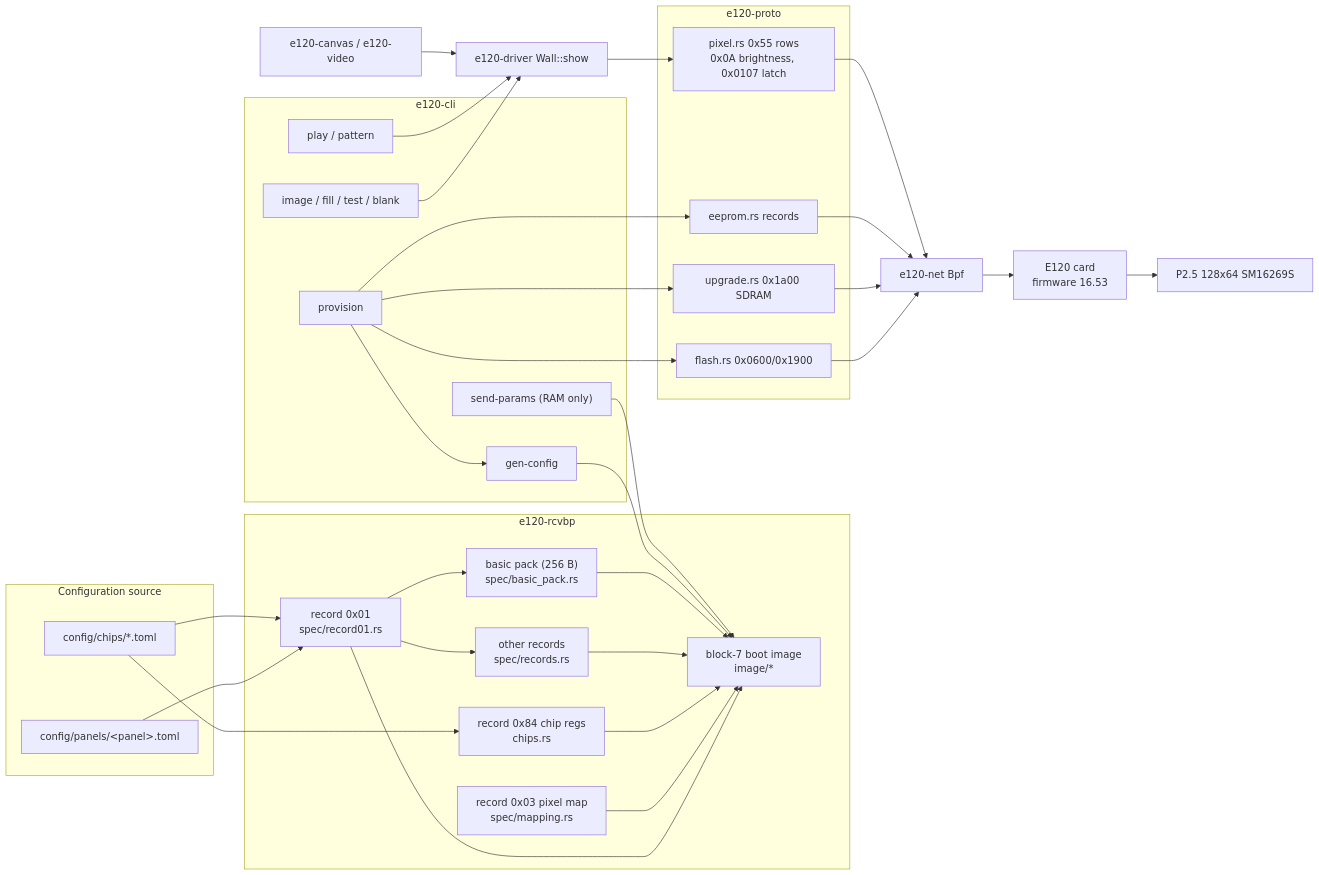
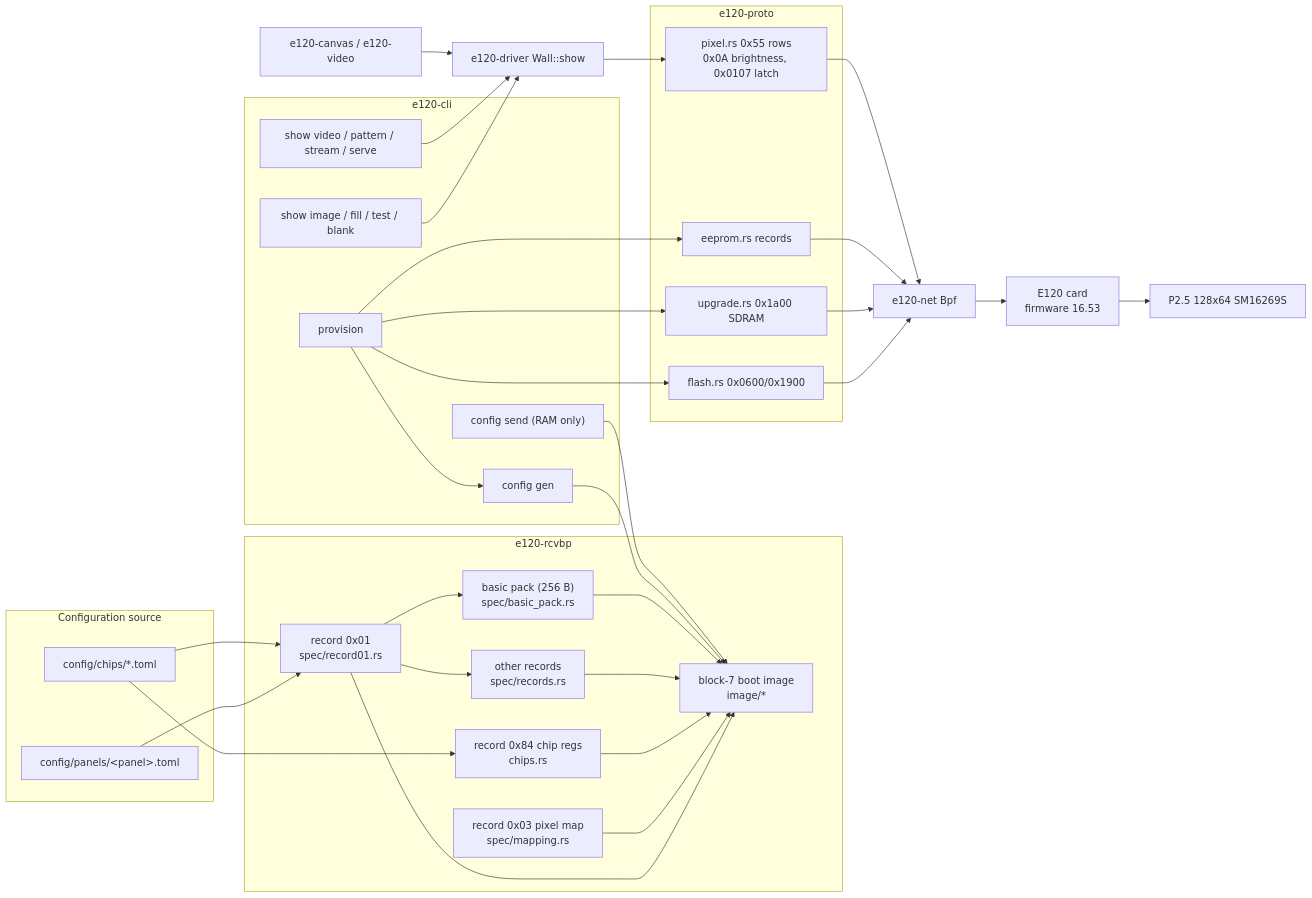
Before and after one commit to AlecDusheck/receiverproxy: the diagram in docs/architecture.md, drawn with Mermaid. The commit also changed other lines of this file and 30 other files, not shown here.

````diff
--- a/docs/architecture.md
+++ b/docs/architecture.md
@@ -20,49 +20,49 @@
 ```mermaid
 flowchart LR
   subgraph spec [Configuration source]
     TOML["config/panels/&lt;panel&gt;.toml"]
     CHIP["config/chips/*.toml"]
   end
   subgraph rcvbp [e120-rcvbp]
     R01["record 0x01<br/>spec/record01.rs"]
     MAP["record 0x03 pixel map<br/>spec/mapping.rs"]
     R84["record 0x84 chip regs<br/>chips.rs"]
     REC["other records<br/>spec/records.rs"]
     PACK["basic pack (256 B)<br/>spec/basic_pack.rs"]
     IMG["block-7 boot image<br/>image/*"]
   end
   subgraph cli [e120-cli]
-    GEN["gen-config"]
+    GEN["config gen"]
     PROV["provision"]
-    SP["send-params (RAM only)"]
-    IMAGE["image / fill / test / blank"]
-    PLAY["play / pattern"]
+    SP["config send (RAM only)"]
+    IMAGE["show image / fill / test / blank"]
+    PLAY["show video / pattern / stream / serve"]
   end
   subgraph proto [e120-proto]
     FL["flash.rs 0x0600/0x1900"]
     UP["upgrade.rs 0x1a00 SDRAM"]
     EE["eeprom.rs records"]
     PX["pixel.rs 0x55 rows<br/>0x0A brightness, 0x0107 latch"]
   end
   DRV["e120-driver Wall::show"]
   CANVAS["e120-canvas / e120-video"]
   NET["e120-net Bpf"]
   CARD["E120 card<br/>firmware 16.53"]
   PANEL["P2.5 128x64 SM16269S"]
 
   TOML --> R01
   CHIP --> R01
   CHIP --> R84
   R01 --> PACK
   R01 --> REC
   R01 & MAP & R84 & REC --> IMG
   PACK --> IMG
   GEN --> IMG
   PROV --> GEN
   PROV --> UP & FL & EE
   SP --> IMG
   IMAGE --> DRV
   CANVAS --> DRV --> PX
   PLAY --> DRV
   FL & UP & EE & PX --> NET --> CARD --> PANEL
 ```
````
